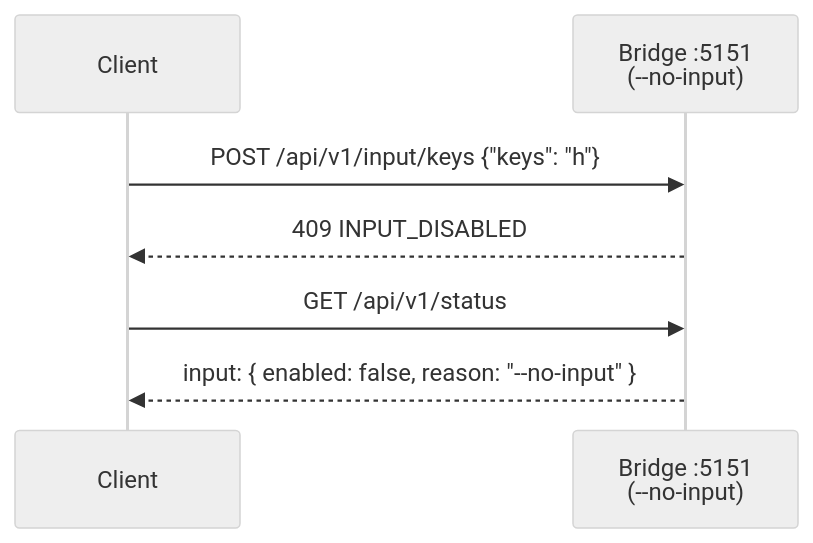
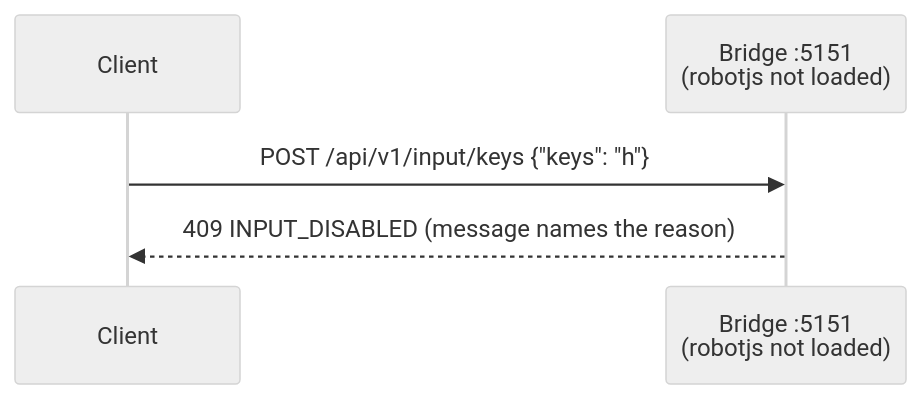
Before and after one commit to TimoSto/screenreader-speech-capture: the fourth of 4 diagrams in docs/usage/flows/native-input.md, drawn with Mermaid (neutral theme). The commit also changed other lines of this file and 73 other files, not shown here.

First line of the commit message:
feat(bridge,client): native mouse and keyboard input (#144)

````diff
--- a/docs/usage/flows/native-input.md
+++ b/docs/usage/flows/native-input.md
@@ -92,10 +90,8 @@
 ```mermaid
 sequenceDiagram
     participant C as Client
-    participant B as Bridge :5151<br/>(--no-input)
+    participant B as Bridge :5151<br/>(robotjs not loaded)
 
     C->>B: POST /api/v1/input/keys {"keys": "h"}
-    B-->>C: 409 INPUT_DISABLED
-    C->>B: GET /api/v1/status
-    B-->>C: input: { enabled: false, reason: "--no-input" }
+    B-->>C: 409 INPUT_DISABLED (message names the reason)
 ```
````
